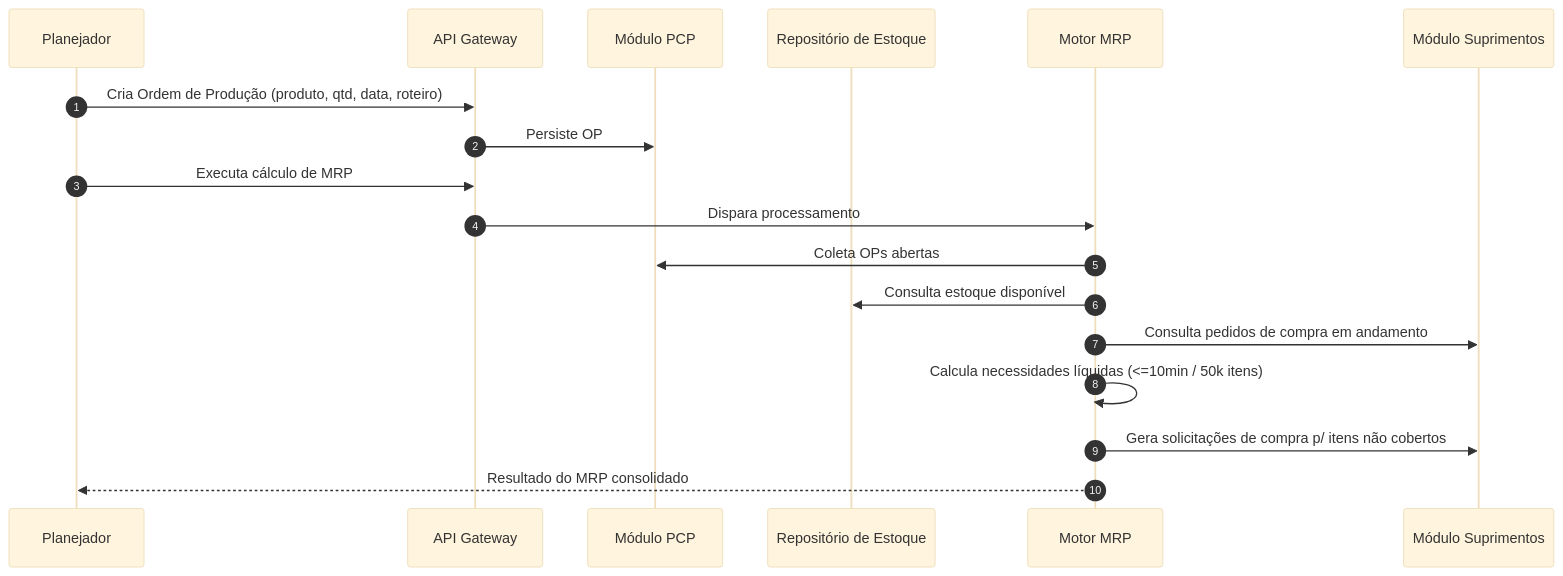
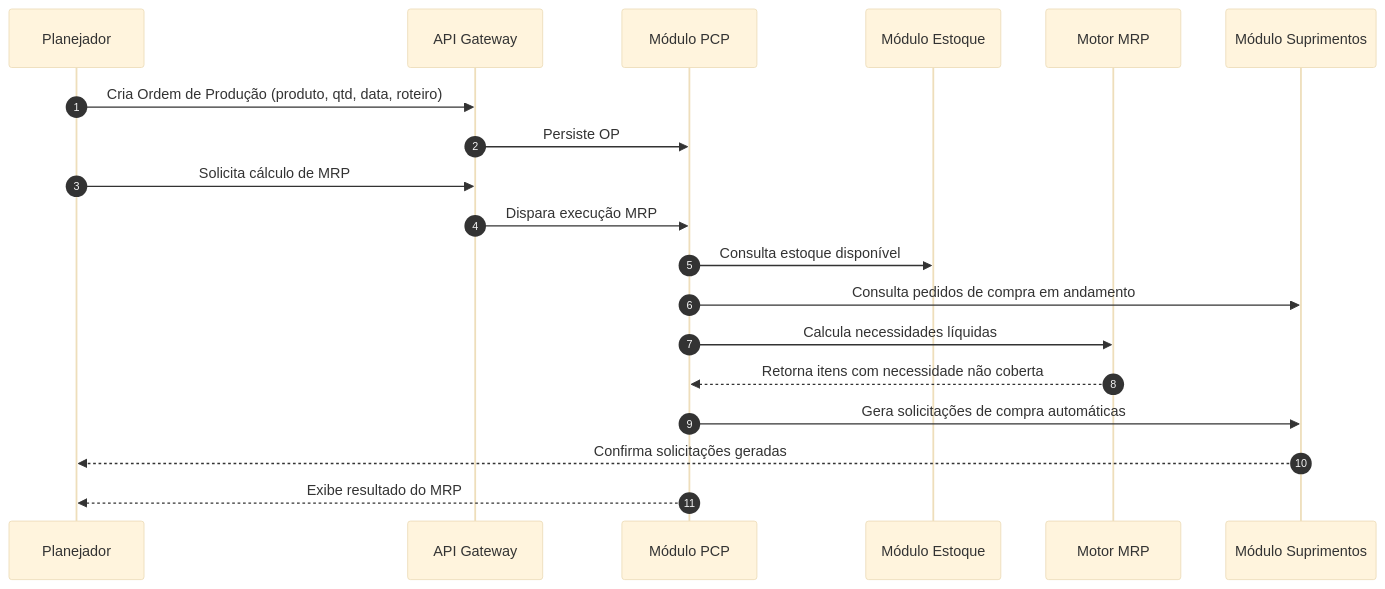
One commit to PDC-ESIA/AI4ES changed the third of 4 diagrams in docs/Time_2_Design/analise-qualitativa/outputs/relatorio_claude_opus_4_8_G03.md. Above: the diagram before and after it, drawn with Mermaid (base theme). The commit also changed other lines of this file and 93 other files, not shown here.

````diff
--- a/docs/Time_2_Design/analise-qualitativa/outputs/relatorio_claude_opus_4_8_G03.md
+++ b/docs/Time_2_Design/analise-qualitativa/outputs/relatorio_claude_opus_4_8_G03.md
@@ -116,21 +130,22 @@
 ```mermaid
 sequenceDiagram
     autonumber
     participant P as Planejador
     participant GW as API Gateway
     participant PCP as Módulo PCP
-    participant EST as Repositório de Estoque
+    participant EST as Módulo Estoque
     participant MRP as Motor MRP
     participant SUP as Módulo Suprimentos
 
     P->>GW: Cria Ordem de Produção (produto, qtd, data, roteiro)
     GW->>PCP: Persiste OP
-    P->>GW: Executa cálculo de MRP
-    GW->>MRP: Dispara processamento
-    MRP->>PCP: Coleta OPs abertas
-    MRP->>EST: Consulta estoque disponível
-    MRP->>SUP: Consulta pedidos de compra em andamento
-    MRP->>MRP: Calcula necessidades líquidas (<=10min / 50k itens)
-    MRP->>SUP: Gera solicitações de compra p/ itens não cobertos
-    MRP-->>P: Resultado do MRP consolidado
+    P->>GW: Solicita cálculo de MRP
+    GW->>PCP: Dispara execução MRP
+    PCP->>EST: Consulta estoque disponível
+    PCP->>SUP: Consulta pedidos de compra em andamento
+    PCP->>MRP: Calcula necessidades líquidas
+    MRP-->>PCP: Retorna itens com necessidade não coberta
+    PCP->>SUP: Gera solicitações de compra automáticas
+    SUP-->>P: Confirma solicitações geradas
+    PCP-->>P: Exibe resultado do MRP
 ```
````
